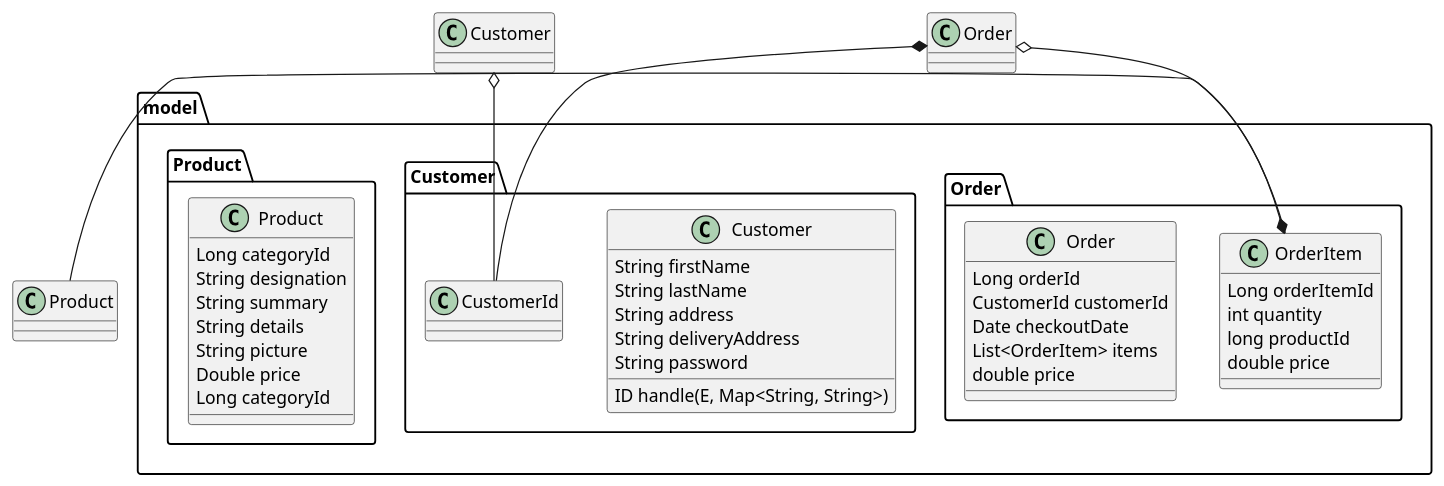
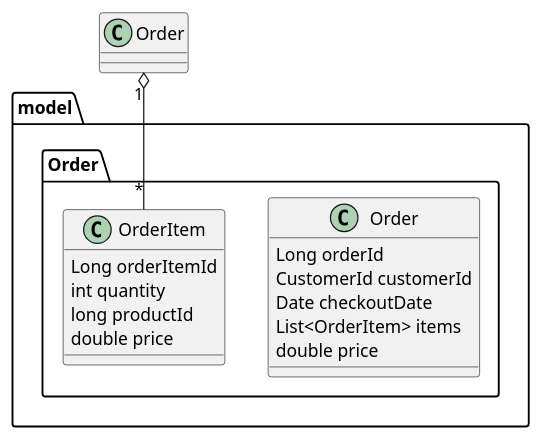
The diagram in puml/showcase/order.puml (seedstack/website), drawn with PlantUML before and after one commit. The commit also changed 42 other files, not shown here.

```diff
--- a/puml/showcase/order.puml
+++ b/puml/showcase/order.puml
@@ -1,57 +1,24 @@
 @startuml
-
-package model.Customer {
-
-    class Customer {
-      String firstName
-      String lastName
-      String address
-      String deliveryAddress
-      String password
-      ID handle(E, Map<String, String>)
-    }
-
-    class CustomerId {
-    }
-}
 
 package model.Order {
 
     class Order {
       Long orderId
       CustomerId customerId
       Date checkoutDate
       List<OrderItem> items
       double price
     }
 
     class OrderItem {
       Long orderItemId
       int quantity
       long productId
       double price
     }
 
 }
 
-package model.Product {
-
-    class Product {
-      Long categoryId
-      String designation
-      String summary
-      String details
-      String picture
-      Double price
-      Long categoryId
-    }
-
-}
-
-Customer o-- CustomerId
-Order o-- OrderItem
-Order *-- CustomerId
-OrderItem *-left- Product
-
+Order"1" o-- "*"OrderItem
 
 @enduml
```
